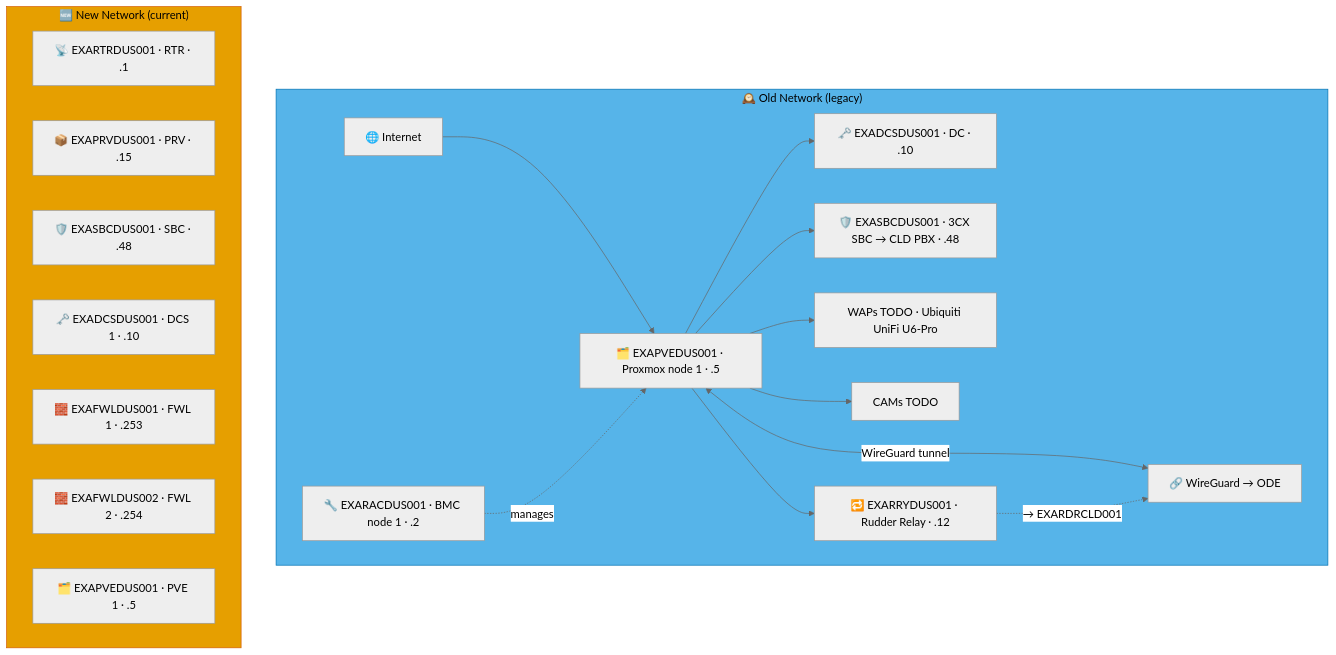
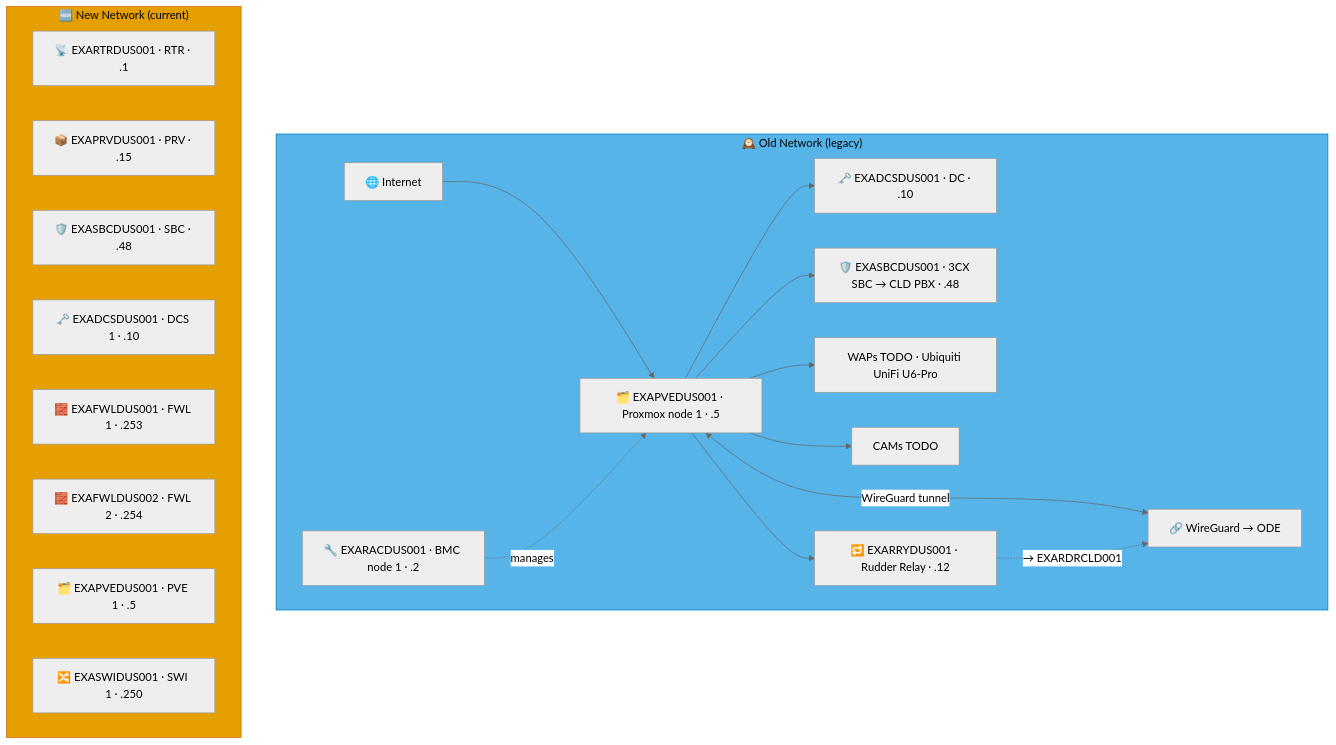
Before and after one commit to knightmare2600/example_music_infra: the fifth of 5 diagrams in docs/network-diagram/deutschland.md, drawn with Mermaid (neutral theme). The commit also changed other lines of this file and 12 other files, not shown here.

````diff
--- a/docs/network-diagram/deutschland.md
+++ b/docs/network-diagram/deutschland.md
@@ -224,35 +226,36 @@
 ```mermaid
 graph TD
     subgraph OLD_DUS ["🕰️ Old Network (legacy)"]
       INET["🌐 Internet"]
       RAC["🔧 EXARACDUS001 · BMC node 1 · .2"]
       PVE["🗂️ EXAPVEDUS001 · Proxmox node 1 · .5"]
       DC["🗝️ EXADCSDUS001 · DC · .10"]
       SBC["🛡️ EXASBCDUS001 · 3CX SBC → CLD PBX · .48"]
       RRY["🔁 EXARRYDUS001 · Rudder Relay · .12"]
       WAP["WAPs TODO · Ubiquiti UniFi U6-Pro"]
       CAM["CAMs TODO"]
       VPN["🔗 WireGuard → ODE"]
 
       INET --> PVE --> DC & SBC
       RAC -.->|"manages"| PVE
       PVE --> WAP & CAM
       PVE <-->|"WireGuard tunnel"| VPN
 
       PVE --> RRY
       RRY -. "→ EXARDRCLD001" .-> VPN
     end
     style OLD_DUS fill:#56B4E9,stroke:#0072B2,color:#000000
     %% GENERATED:NEW-NETWORK:DUS:START
     subgraph NEW_DUS ["🆕 New Network (current)"]
       N_RTR["📡 EXARTRDUS001 · RTR · .1"]
       N_PRV["📦 EXAPRVDUS001 · PRV · .15"]
       N_SBC["🛡️ EXASBCDUS001 · SBC · .48"]
       N_DCS["🗝️ EXADCSDUS001 · DCS 1 · .10"]
       N_FWL["🧱 EXAFWLDUS001 · FWL 1 · .253"]
       N_FWL2["🧱 EXAFWLDUS002 · FWL 2 · .254"]
       N_PVE["🗂️ EXAPVEDUS001 · PVE 1 · .5"]
+      N_SWI["🔀 EXASWIDUS001 · SWI 1 · .250"]
     end
     style NEW_DUS fill:#E69F00,stroke:#D55E00,color:#000000
     %% GENERATED:NEW-NETWORK:DUS:END
 ```
````
